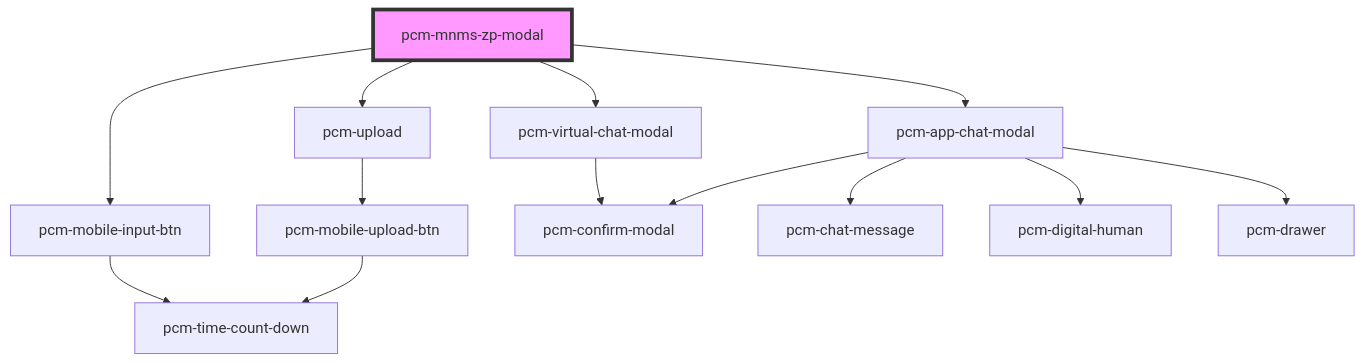
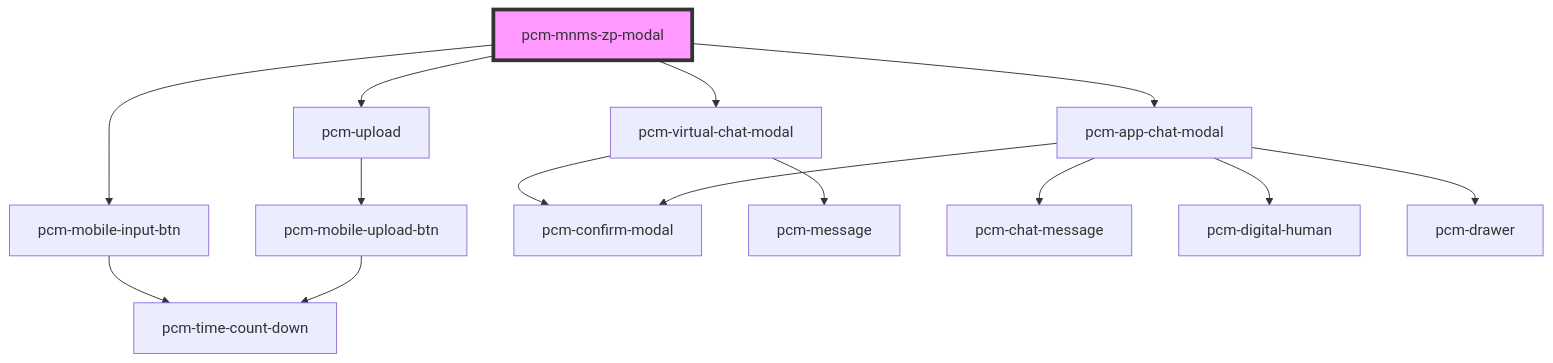
Before and after one commit to Pincaimao/pcm-agents-sdk: the diagram in packages/pcm-agents/docs/components/pcm-mnms-zp-modal/readme.md, drawn with Mermaid. The commit also changed 15 other files, not shown here.

````diff
--- a/packages/pcm-agents/docs/components/pcm-mnms-zp-modal/readme.md
+++ b/packages/pcm-agents/docs/components/pcm-mnms-zp-modal/readme.md
@@ -60,16 +60,17 @@
 ```mermaid
 graph TD;
   pcm-mnms-zp-modal --> pcm-mobile-input-btn
   pcm-mnms-zp-modal --> pcm-upload
   pcm-mnms-zp-modal --> pcm-virtual-chat-modal
   pcm-mnms-zp-modal --> pcm-app-chat-modal
   pcm-mobile-input-btn --> pcm-time-count-down
   pcm-upload --> pcm-mobile-upload-btn
   pcm-mobile-upload-btn --> pcm-time-count-down
   pcm-virtual-chat-modal --> pcm-confirm-modal
+  pcm-virtual-chat-modal --> pcm-message
   pcm-app-chat-modal --> pcm-chat-message
   pcm-app-chat-modal --> pcm-digital-human
   pcm-app-chat-modal --> pcm-drawer
   pcm-app-chat-modal --> pcm-confirm-modal
   style pcm-mnms-zp-modal fill:#f9f,stroke:#333,stroke-width:4px
 ```
````
